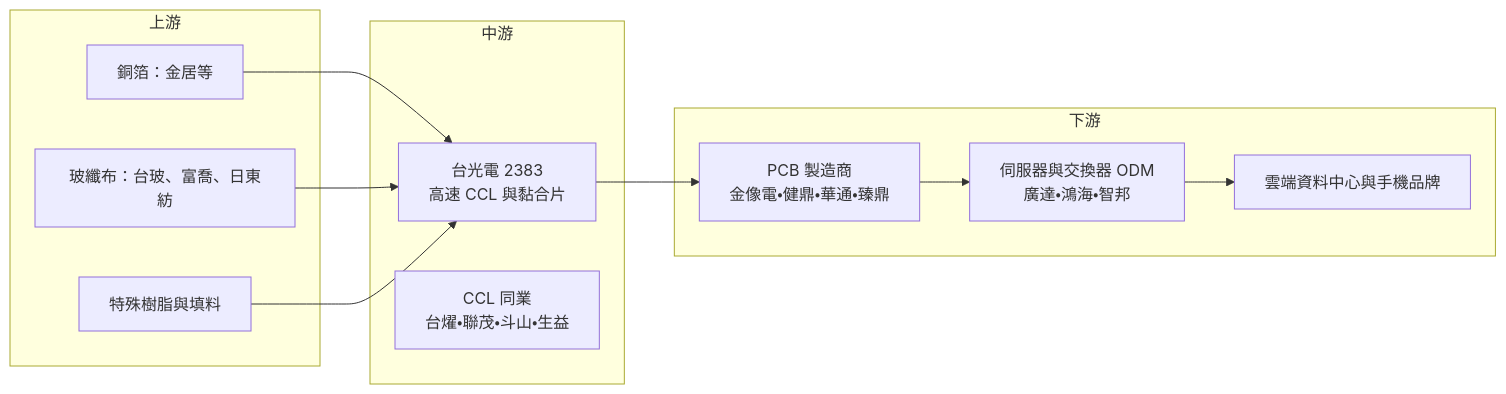
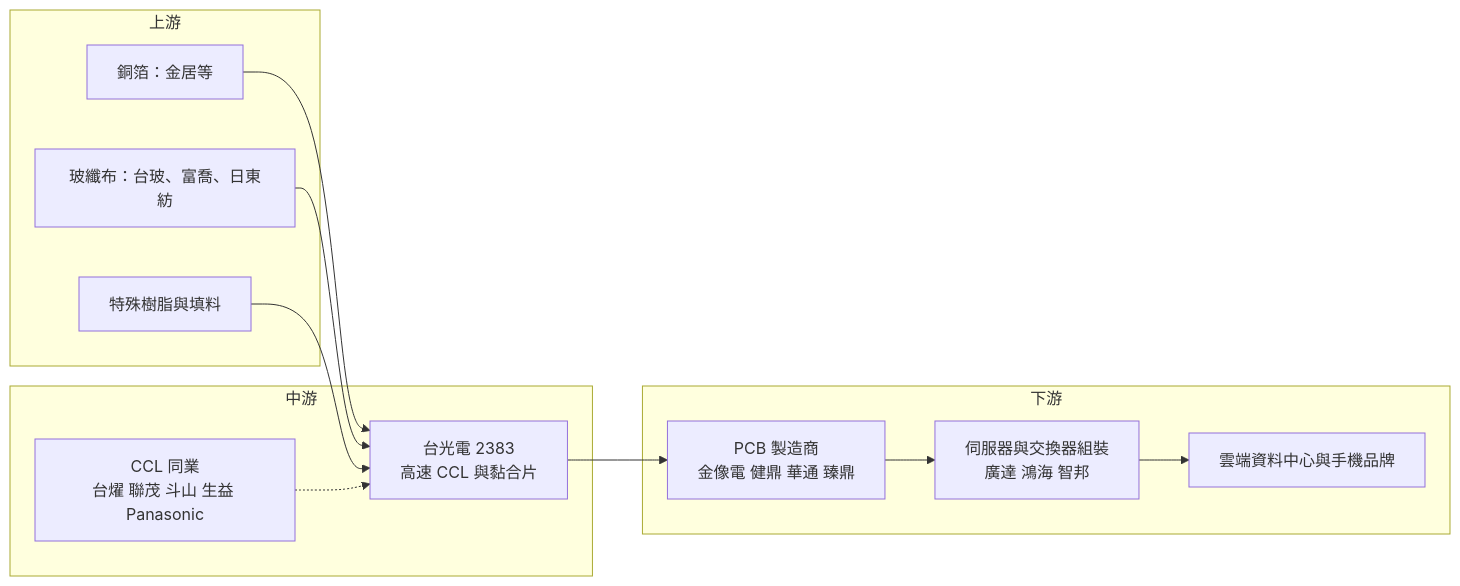
Before and after one commit to wangnick1004/taiwan-stock-vault: the fourth of 4 diagrams in 個股/台股/2383台光電.md, drawn with Mermaid. The commit also changed other lines of this file and 19 other files, not shown here.

````diff
--- a/個股/台股/2383台光電.md
+++ b/個股/台股/2383台光電.md
@@ -210,23 +244,24 @@
 ```mermaid
 flowchart LR
     subgraph 上游
         A1[銅箔：金居等]
         A2[玻纖布：台玻、富喬、日東紡]
         A3[特殊樹脂與填料]
     end
     subgraph 中游
-        B[台光電 2383<br/>高速 CCL 與黏合片]
-        B2[CCL 同業<br/>台燿・聯茂・斗山・生益]
+        B["台光電 2383<br/>高速 CCL 與黏合片"]
+        B2["CCL 同業<br/>台燿 聯茂 斗山 生益 Panasonic"]
     end
     subgraph 下游
-        C1[PCB 製造商<br/>金像電・健鼎・華通・臻鼎]
-        C2[伺服器與交換器 ODM<br/>廣達・鴻海・智邦]
+        C1["PCB 製造商<br/>金像電 健鼎 華通 臻鼎"]
+        C2["伺服器與交換器組裝<br/>廣達 鴻海 智邦"]
         C3[雲端資料中心與手機品牌]
     end
     A1 --> B
     A2 --> B
     A3 --> B
+    B2 -.-> B
     B --> C1
     C1 --> C2
     C2 --> C3
 ```
````
